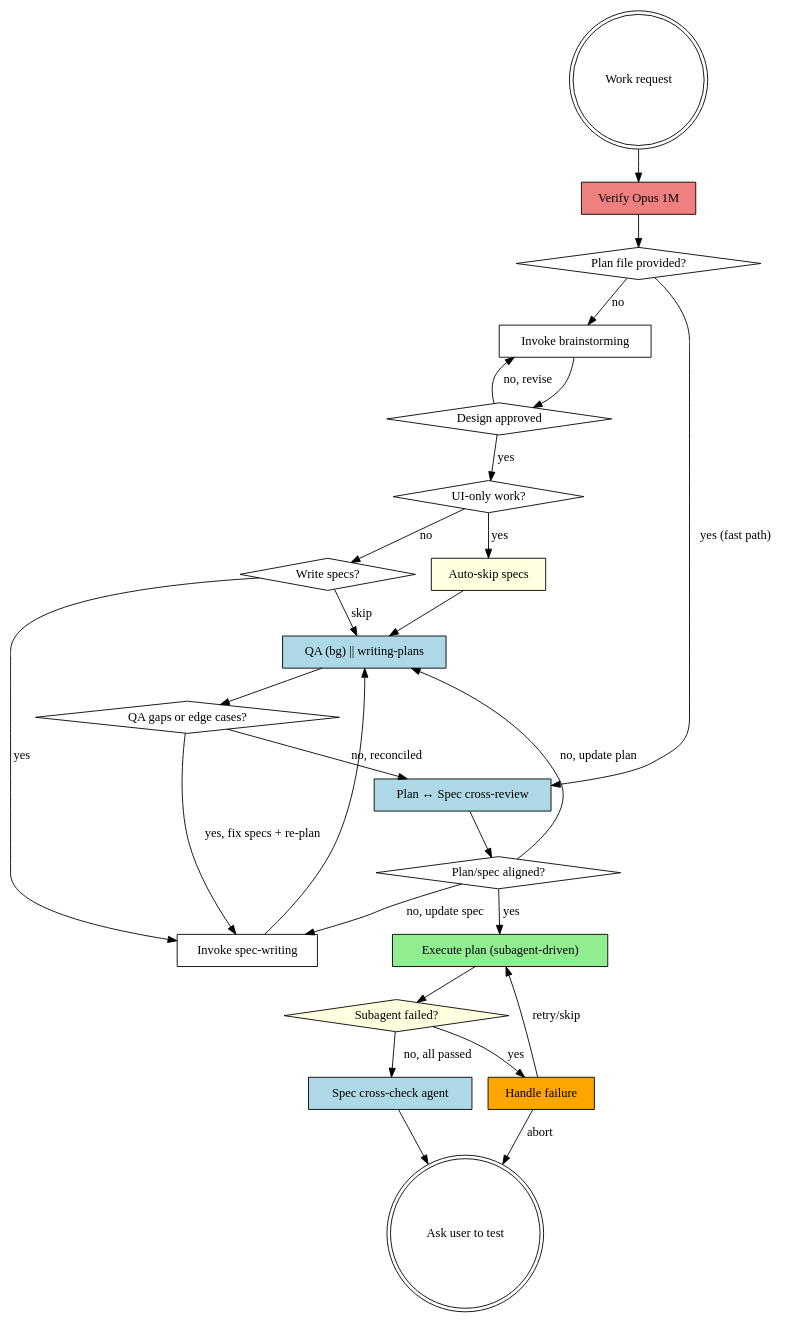
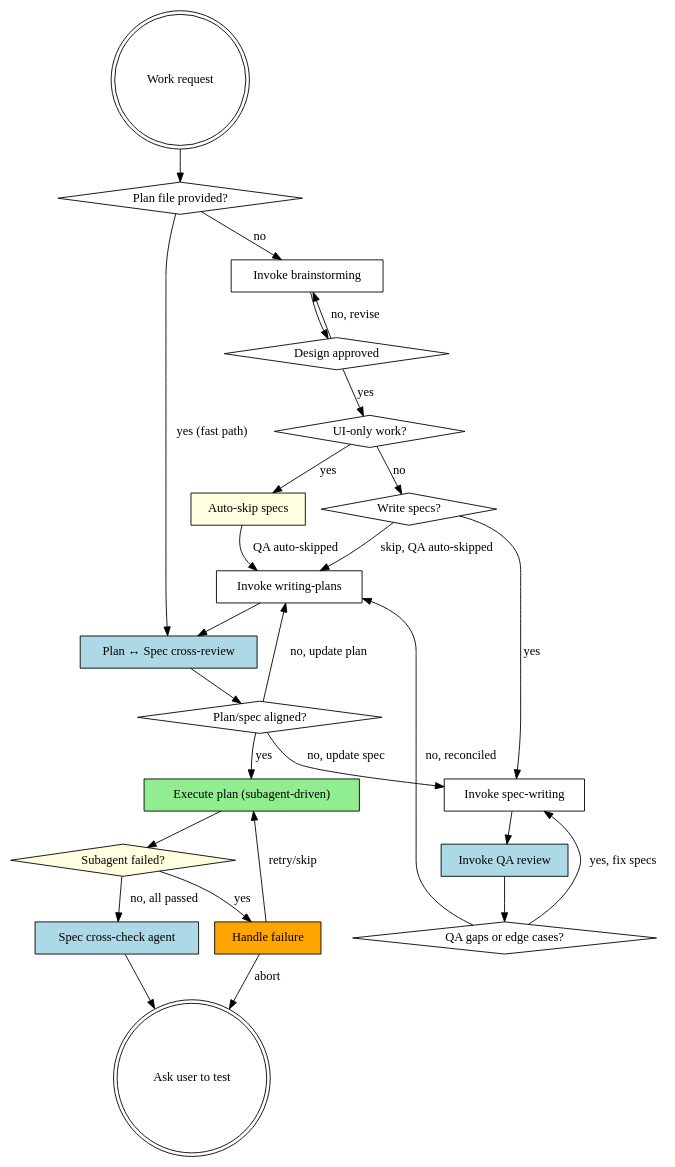
The diagram in skills/pipeline/SKILL.md (pandaworks-software-plt/pandahrms-skills), drawn with Graphviz before and after one commit. The commit also changed other lines of this file and 1 other file, not shown here.

First line of the commit message:
feat(pipeline): drop model gating, sequentialize QA before plan, unify skip conditions

````diff
--- a/skills/pipeline/SKILL.md
+++ b/skills/pipeline/SKILL.md
@@ -106,49 +96,49 @@
 ```dot
 digraph pipeline {
     "Work request" [shape=doublecircle];
-    "Verify Opus 1M" [shape=box, style=filled, fillcolor=lightcoral];
     "Plan file provided?" [shape=diamond];
     "Invoke brainstorming" [shape=box];
     "Design approved" [shape=diamond];
     "UI-only work?" [shape=diamond];
     "Auto-skip specs" [shape=box, style=filled, fillcolor=lightyellow];
     "Write specs?" [shape=diamond];
     "Invoke spec-writing" [shape=box];
-    "QA (bg) || writing-plans" [shape=box, style=filled, fillcolor=lightblue];
+    "Invoke QA review" [shape=box, style=filled, fillcolor=lightblue];
     "QA gaps or edge cases?" [shape=diamond];
+    "Invoke writing-plans" [shape=box];
     "Plan ↔ Spec cross-review" [shape=box, style=filled, fillcolor=lightblue];
     "Plan/spec aligned?" [shape=diamond];
     "Execute plan (subagent-driven)" [shape=box, style=filled, fillcolor=lightgreen];
     "Subagent failed?" [shape=diamond, style=filled, fillcolor=lightyellow];
     "Handle failure" [shape=box, style=filled, fillcolor=orange];
     "Spec cross-check agent" [shape=box, style=filled, fillcolor=lightblue];
     "Ask user to test" [shape=doublecircle];
 
-    "Work request" -> "Verify Opus 1M";
-    "Verify Opus 1M" -> "Plan file provided?";
+    "Work request" -> "Plan file provided?";
     "Plan file provided?" -> "Plan ↔ Spec cross-review" [label="yes (fast path)"];
     "Plan file provided?" -> "Invoke brainstorming" [label="no"];
     "Invoke brainstorming" -> "Design approved";
     "Design approved" -> "Invoke brainstorming" [label="no, revise"];
     "Design approved" -> "UI-only work?" [label="yes"];
     "UI-only work?" -> "Auto-skip specs" [label="yes"];
-    "Auto-skip specs" -> "QA (bg) || writing-plans";
+    "Auto-skip specs" -> "Invoke writing-plans" [label="QA auto-skipped"];
     "UI-only work?" -> "Write specs?" [label="no"];
     "Write specs?" -> "Invoke spec-writing" [label="yes"];
-    "Write specs?" -> "QA (bg) || writing-plans" [label="skip"];
-    "Invoke spec-writing" -> "QA (bg) || writing-plans";
-    "QA (bg) || writing-plans" -> "QA gaps or edge cases?";
-    "QA gaps or edge cases?" -> "Invoke spec-writing" [label="yes, fix specs + re-plan"];
-    "QA gaps or edge cases?" -> "Plan ↔ Spec cross-review" [label="no, reconciled"];
+    "Write specs?" -> "Invoke writing-plans" [label="skip, QA auto-skipped"];
+    "Invoke spec-writing" -> "Invoke QA review";
+    "Invoke QA review" -> "QA gaps or edge cases?";
+    "QA gaps or edge cases?" -> "Invoke spec-writing" [label="yes, fix specs"];
+    "QA gaps or edge cases?" -> "Invoke writing-plans" [label="no, reconciled"];
+    "Invoke writing-plans" -> "Plan ↔ Spec cross-review";
     "Plan ↔ Spec cross-review" -> "Plan/spec aligned?";
-    "Plan/spec aligned?" -> "QA (bg) || writing-plans" [label="no, update plan"];
+    "Plan/spec aligned?" -> "Invoke writing-plans" [label="no, update plan"];
     "Plan/spec aligned?" -> "Invoke spec-writing" [label="no, update spec"];
     "Plan/spec aligned?" -> "Execute plan (subagent-driven)" [label="yes"];
     "Execute plan (subagent-driven)" -> "Subagent failed?";
     "Subagent failed?" -> "Handle failure" [label="yes"];
     "Handle failure" -> "Execute plan (subagent-driven)" [label="retry/skip"];
     "Handle failure" -> "Ask user to test" [label="abort"];
     "Subagent failed?" -> "Spec cross-check agent" [label="no, all passed"];
     "Spec cross-check agent" -> "Ask user to test";
 }
 ```
````
